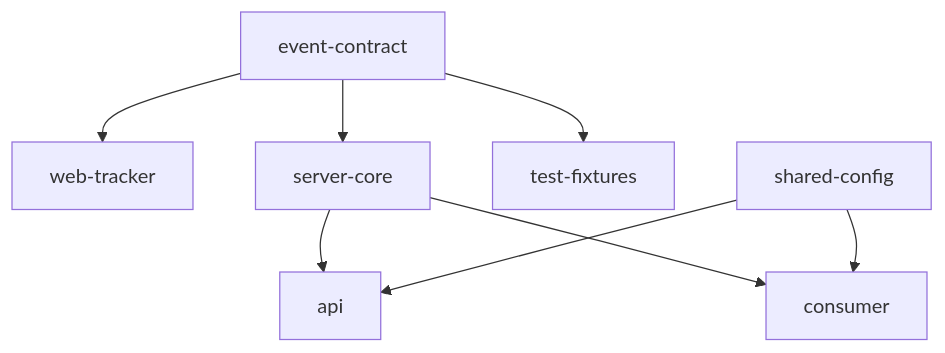
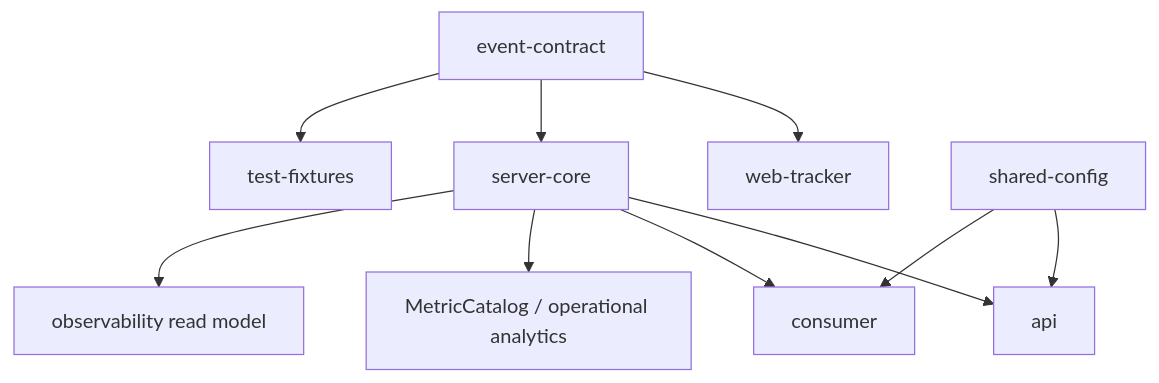
Before and after one commit to captainamari/frontend-insight: the third of 3 diagrams in docs/learning/01-architecture-and-boundaries.md, drawn with Mermaid. The commit also changed other lines of this file and 18 other files, not shown here.

````diff
--- a/docs/learning/01-architecture-and-boundaries.md
+++ b/docs/learning/01-architecture-and-boundaries.md
@@ -72,10 +74,12 @@
 ```mermaid
 flowchart TD
     A["event-contract"] --> B["web-tracker"]
     A --> C["server-core"]
     A --> D["test-fixtures"]
     C --> E["api"]
     C --> F["consumer"]
     G["shared-config"] --> E
     G --> F
+    C --> H["MetricCatalog / operational analytics"]
+    C --> I["observability read model"]
 ```
````
